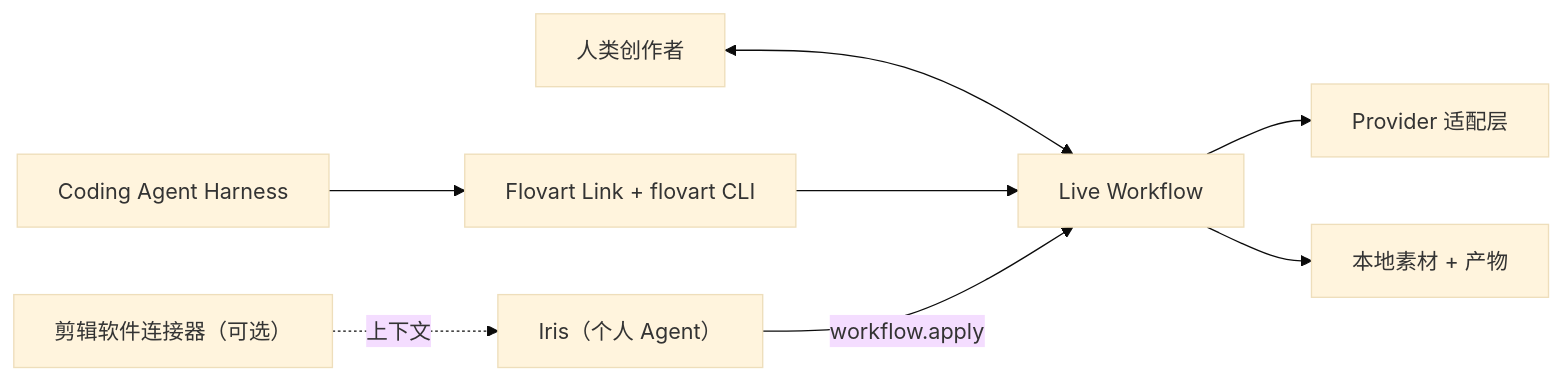
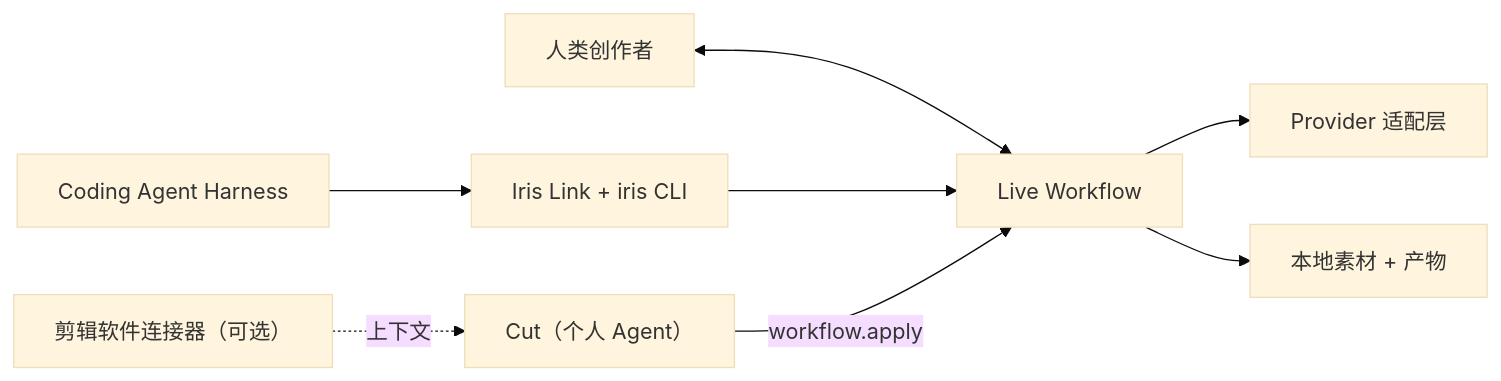
Before and after one commit to avabbbb/Flovart: the diagram in README.zh-CN.md, drawn with Mermaid (base theme). The commit also changed other lines of this file and 890 other files, not shown here.

First line of the commit message:
chore: rename Flovart to Iris

````diff
--- a/README.zh-CN.md
+++ b/README.zh-CN.md
@@ -206,10 +215,10 @@
 ```mermaid
 flowchart LR
   H["人类创作者"] <--> W["Live Workflow"]
-  A["Coding Agent Harness"] --> L["Flovart Link + flovart CLI"]
+  A["Coding Agent Harness"] --> L["Iris Link + iris CLI"]
   L --> W
   W --> P["Provider 适配层"]
   W --> R["本地素材 + 产物"]
-  IR["Iris（个人 Agent）"] -->|"workflow.apply"| W
+  IR["Cut（个人 Agent）"] -->|"workflow.apply"| W
   HC["剪辑软件连接器（可选）"] -.->|"上下文"| IR
 ```
````
